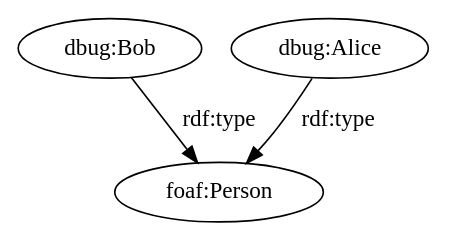
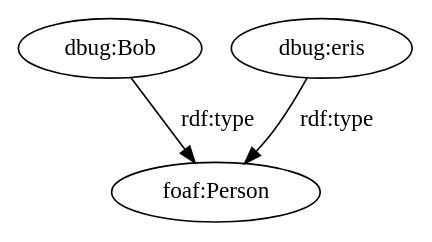
The diagram in Source-code/Host-environment/Common-Language-Runtime/FSharp/Project/MyProvider/test_graph.quik.dot (eristocrates/ipa), drawn with Graphviz before and after one commit. The commit also changed 47 other files, not shown here.

```diff
--- a/Source-code/Host-environment/Common-Language-Runtime/FSharp/Project/MyProvider/test_graph.quik.dot
+++ b/Source-code/Host-environment/Common-Language-Runtime/FSharp/Project/MyProvider/test_graph.quik.dot
@@ -1,7 +1,7 @@
 digraph G {
 0 [label="dbug:Bob"];
 1 [label="foaf:Person"];
-2 [label="dbug:Alice"];
+2 [label="dbug:eris"];
 0 -> 1 [label="rdf:type"];
 2 -> 1 [label="rdf:type"];
 }
```
